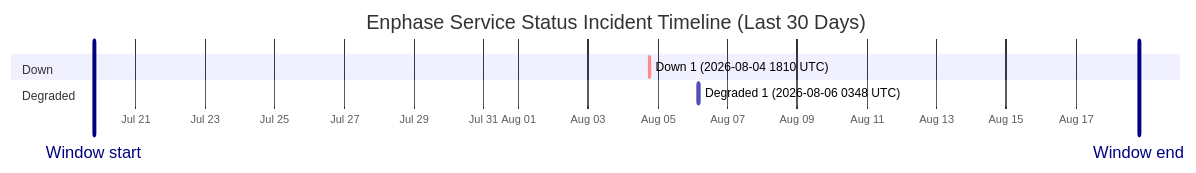
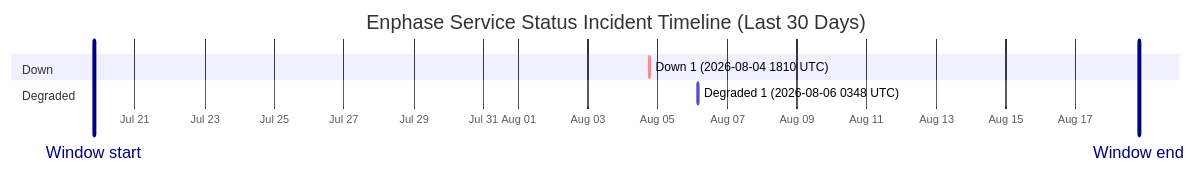
The diagram in wiki/Service-Status-History.md (barneyonline/ha-enphase-energy), drawn with Mermaid before and after one commit. The commit also changed other lines of this file and 3 other files, not shown here.

````diff
--- a/wiki/Service-Status-History.md
+++ b/wiki/Service-Status-History.md
@@ -14,12 +14,12 @@
 ```mermaid
 gantt
     title Enphase Service Status Incident Timeline (Last 30 Days)
     dateFormat  YYYY-MM-DDTHH:mm:ss
     axisFormat  %b %d
-    Window start :vert, window-start, 2026-07-19T19:25:34, 0ms
-    Window end :vert, window-end, 2026-08-18T19:25:34, 0ms
+    Window start :vert, window-start, 2026-07-19T19:48:41, 0ms
+    Window end :vert, window-end, 2026-08-18T19:48:41, 0ms
     section Down
     Down 1 (2026-08-04 1810 UTC) :crit, down-1, 2026-08-04T18:10:46, 60m
     section Degraded
     Degraded 1 (2026-08-06 0348 UTC) :active, degraded-1, 2026-08-06T03:48:14, 60m
 ```
````
